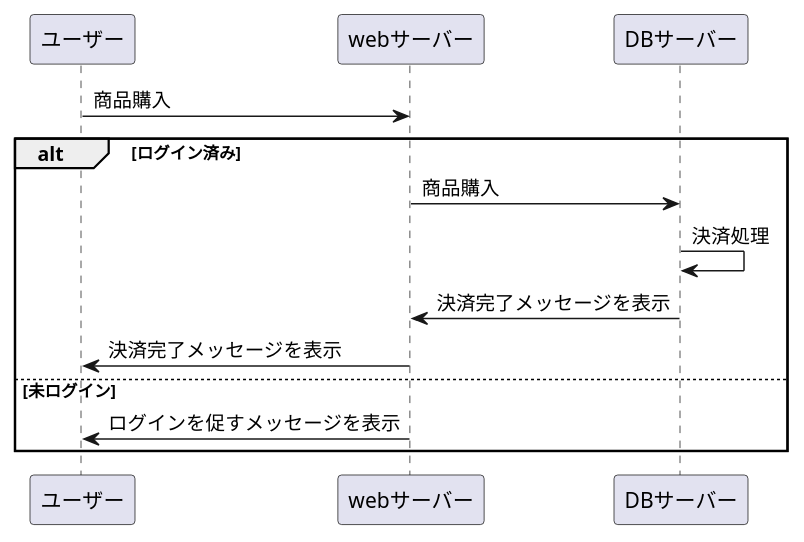
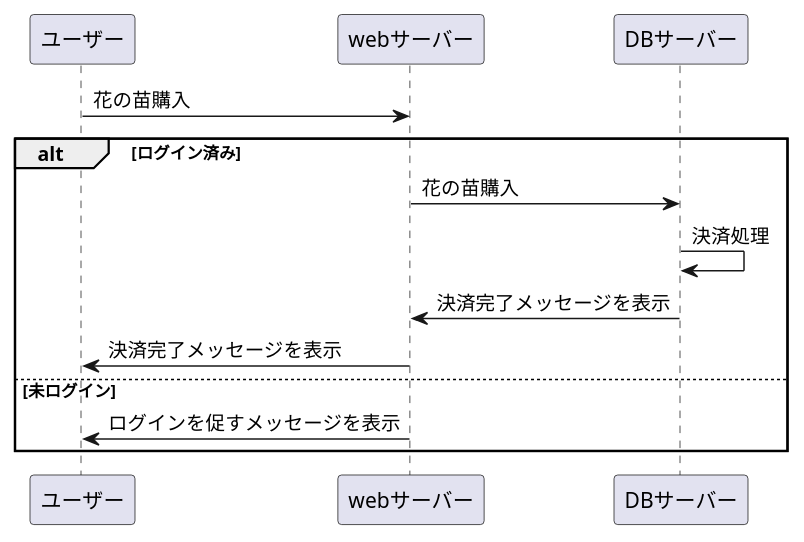
One commit to Aso2001369/2021sys-design changed the diagram in myshop9.md. Above: the diagram before and after it, drawn with PlantUML.

````diff
--- a/myshop9.md
+++ b/myshop9.md
@@ -1,16 +1,16 @@
 ```uml
 @startuml
-ユーザー -> webサーバー: 商品購入
+ユーザー -> webサーバー: 花の苗購入
 
  alt ログイン済み
-  webサーバー -> DBサーバー:商品購入
+  webサーバー -> DBサーバー:花の苗購入
   DBサーバー -> DBサーバー:決済処理
   DBサーバー -> webサーバー:決済完了メッセージを表示
   webサーバー -> ユーザー:決済完了メッセージを表示
 
  else 未ログイン
   webサーバー -> ユーザー:ログインを促すメッセージを表示
 
 end
 @enduml
 ```
````
